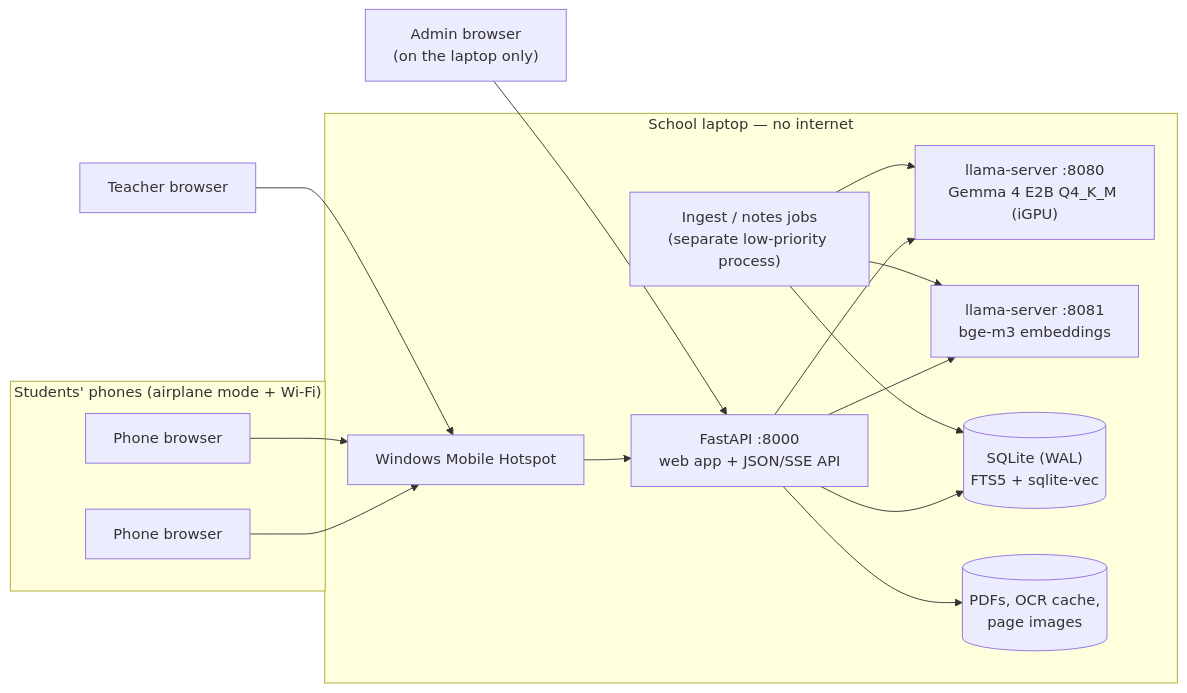
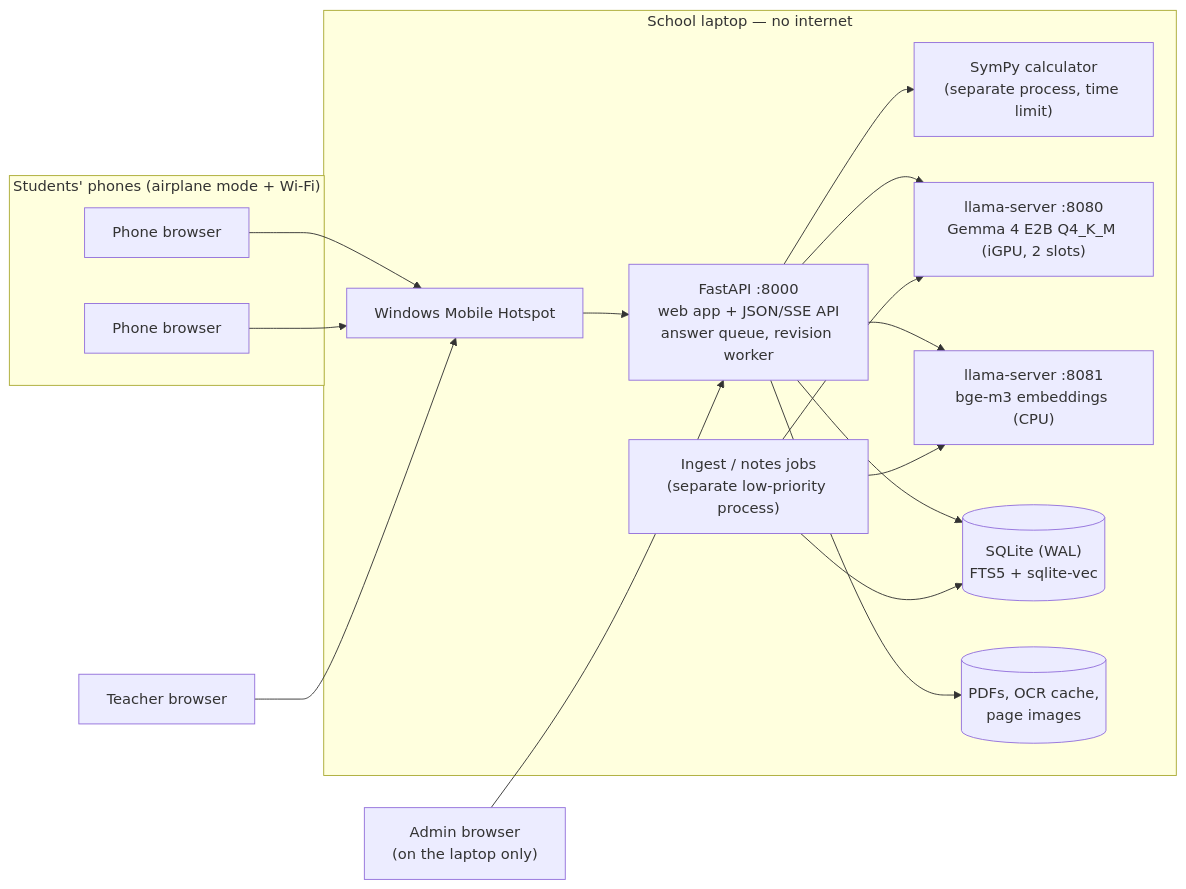
One commit to IshanGeorgeMathews/RuralMinds-V1.1 changed the first of 5 diagrams in docs/TECHNICAL_DESIGN.md. Above: the diagram before and after it, drawn with Mermaid. The commit also changed other lines of this file and 6 other files, not shown here.

````diff
--- a/docs/TECHNICAL_DESIGN.md
+++ b/docs/TECHNICAL_DESIGN.md
@@ -7,27 +9,29 @@
 ```mermaid
 flowchart LR
     subgraph Phones["Students' phones (airplane mode + Wi-Fi)"]
         P1[Phone browser]
         P2[Phone browser]
     end
     T[Teacher browser]
     A["Admin browser<br/>(on the laptop only)"]
     subgraph Laptop["School laptop — no internet"]
         HS[Windows Mobile Hotspot]
-        API["FastAPI :8000<br/>web app + JSON/SSE API"]
-        LLM["llama-server :8080<br/>Gemma 4 E2B Q4_K_M (iGPU)"]
-        EMB["llama-server :8081<br/>bge-m3 embeddings"]
+        API["FastAPI :8000<br/>web app + JSON/SSE API<br/>answer queue, revision worker"]
+        CALC["SymPy calculator<br/>(separate process, time limit)"]
+        LLM["llama-server :8080<br/>Gemma 4 E2B Q4_K_M (iGPU, 2 slots)"]
+        EMB["llama-server :8081<br/>bge-m3 embeddings (CPU)"]
         DB[("SQLite (WAL)<br/>FTS5 + sqlite-vec")]
         FILES[("PDFs, OCR cache,<br/>page images")]
         JOB["Ingest / notes jobs<br/>(separate low-priority process)"]
     end
     P1 & P2 & T --> HS --> API
     A --> API
     API --> LLM
     API --> EMB
+    API --> CALC
     API --> DB
     API --> FILES
     JOB --> DB
     JOB --> LLM
     JOB --> EMB
 ```
````
